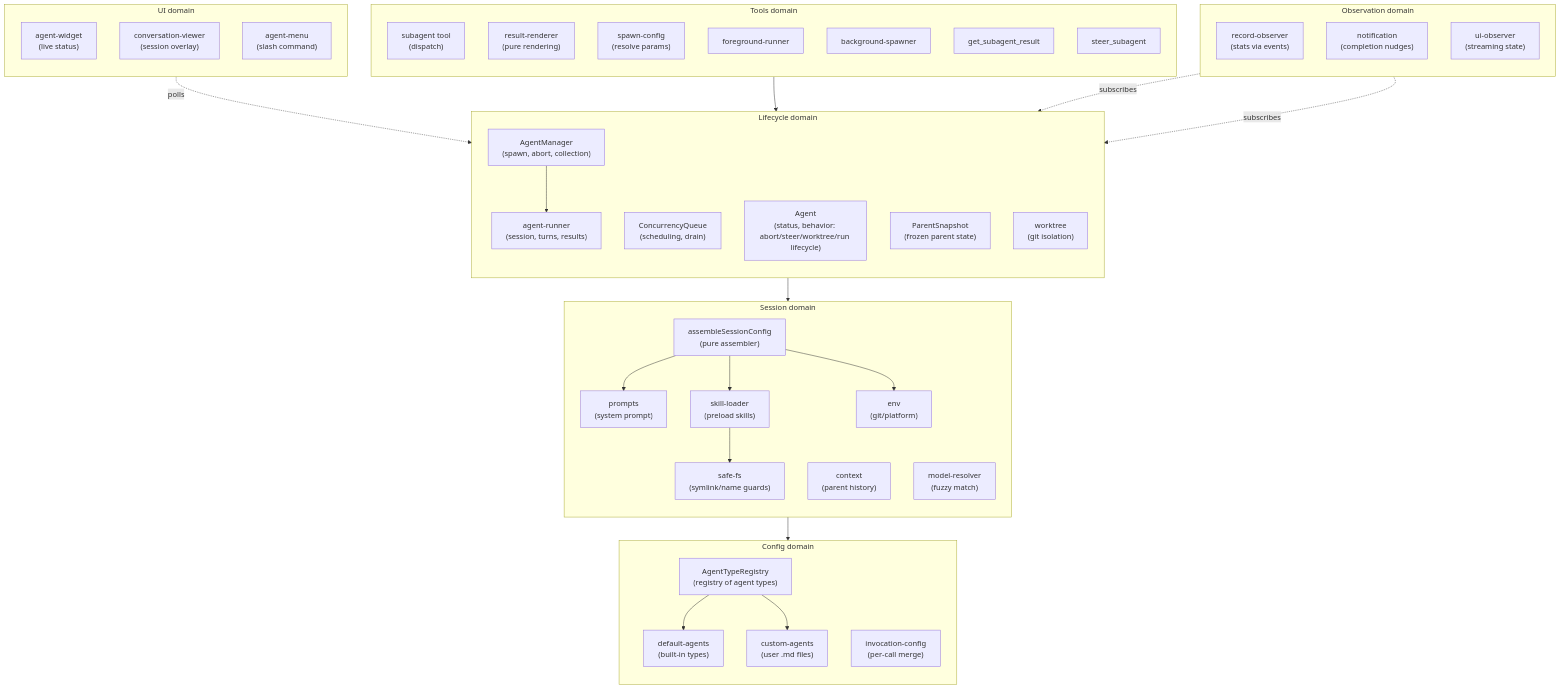
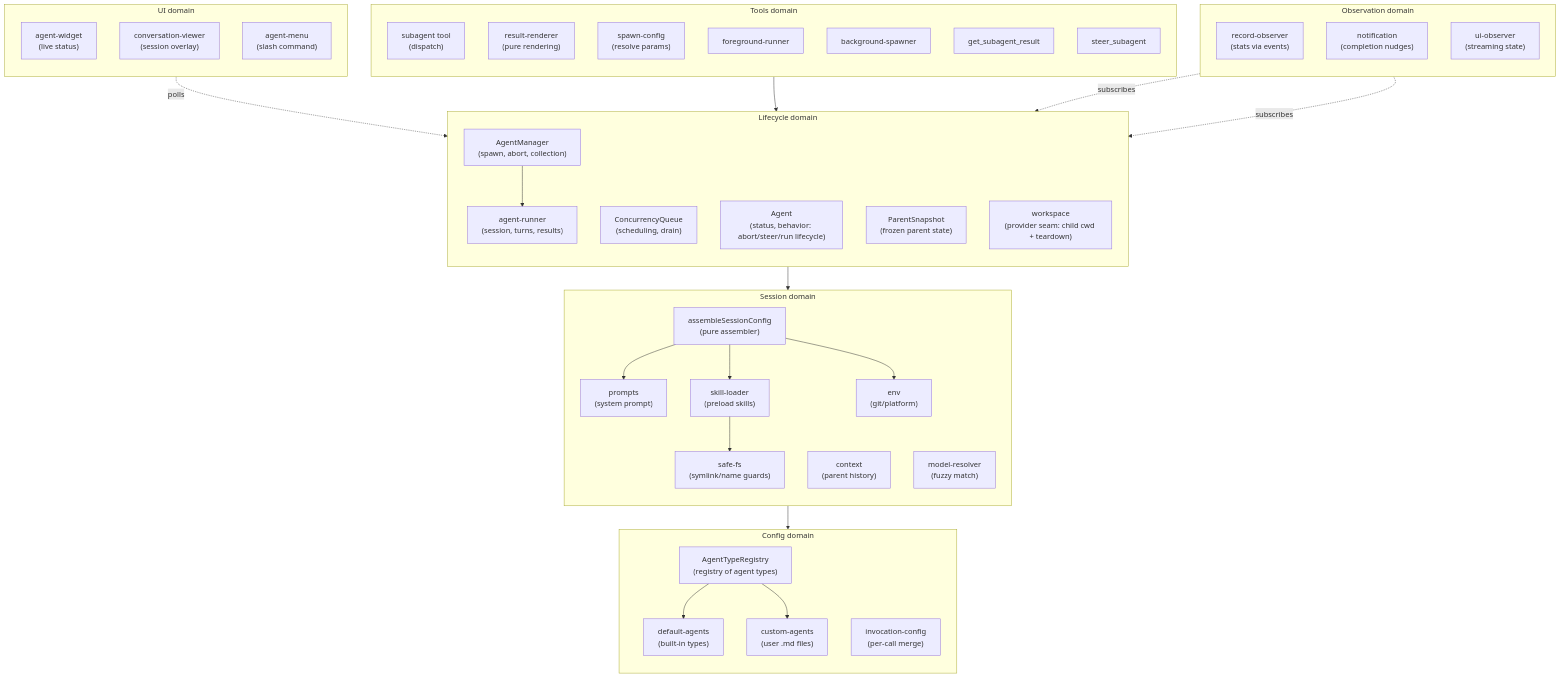
One commit to ttdua/pi-subagents changed the first of 6 diagrams in docs/architecture/architecture.md. Above: the diagram before and after it, drawn with Mermaid. The commit also changed other lines of this file, not shown here.

First line of the commit message:
docs: record worktree eviction in the phase 16 roadmap

````diff
--- a/docs/architecture/architecture.md
+++ b/docs/architecture/architecture.md
@@ -33,67 +33,67 @@
 ```mermaid
 flowchart TB
     subgraph config["Config domain"]
         direction TB
         AgentTypeRegistry["AgentTypeRegistry<br/>(registry of agent types)"]
         DefaultAgents["default-agents<br/>(built-in types)"]
         CustomAgents["custom-agents<br/>(user .md files)"]
         InvocationConfig["invocation-config<br/>(per-call merge)"]
     end
 
     subgraph session["Session domain"]
         direction TB
         SessionConfig["assembleSessionConfig<br/>(pure assembler)"]
         Prompts["prompts<br/>(system prompt)"]
         Context["context<br/>(parent history)"]
         SafeFs["safe-fs<br/>(symlink/name guards)"]
         SkillLoader["skill-loader<br/>(preload skills)"]
         Env["env<br/>(git/platform)"]
         ModelResolver["model-resolver<br/>(fuzzy match)"]
     end
 
     subgraph lifecycle["Lifecycle domain"]
         direction TB
         AgentManager["AgentManager<br/>(spawn, abort, collection)"]
         ConcurrencyQueue["ConcurrencyQueue<br/>(scheduling, drain)"]
         AgentRunner["agent-runner<br/>(session, turns, results)"]
-        Agent["Agent<br/>(status, behavior: abort/steer/worktree/run lifecycle)"]
+        Agent["Agent<br/>(status, behavior: abort/steer/run lifecycle)"]
         ParentSnapshot["ParentSnapshot<br/>(frozen parent state)"]
-        Worktree["worktree<br/>(git isolation)"]
+        Workspace["workspace<br/>(provider seam: child cwd + teardown)"]
     end
 
     subgraph observation["Observation domain"]
         direction TB
         RecordObserver["record-observer<br/>(stats via events)"]
         Notification["notification<br/>(completion nudges)"]
         UIObserver["ui-observer<br/>(streaming state)"]
     end
 
     subgraph tools["Tools domain"]
         direction TB
         AgentTool["subagent tool<br/>(dispatch)"]
         ResultRenderer["result-renderer<br/>(pure rendering)"]
         SpawnConfig["spawn-config<br/>(resolve params)"]
         FgRunner["foreground-runner"]
         BgSpawner["background-spawner"]
         GetResult["get_subagent_result"]
         Steer["steer_subagent"]
     end
 
     subgraph ui["UI domain"]
         direction TB
         Widget["agent-widget<br/>(live status)"]
         ConvViewer["conversation-viewer<br/>(session overlay)"]
         Menu["agent-menu<br/>(slash command)"]
     end
 
     AgentTool --> AgentManager
     AgentManager --> AgentRunner
     AgentRunner --> SessionConfig
     SessionConfig --> AgentTypeRegistry
     SessionConfig --> Prompts & SkillLoader & Env
     SkillLoader --> SafeFs
     AgentTypeRegistry --> DefaultAgents & CustomAgents
     RecordObserver -.->|subscribes| AgentRunner
     UIObserver -.->|subscribes| AgentRunner
     Widget -.->|polls| AgentManager
 ```
````
